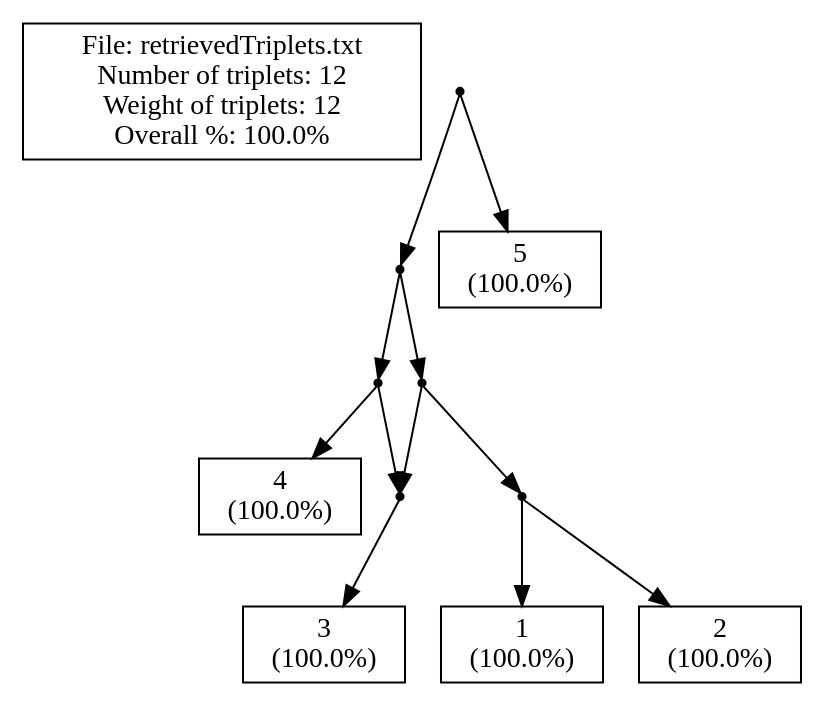
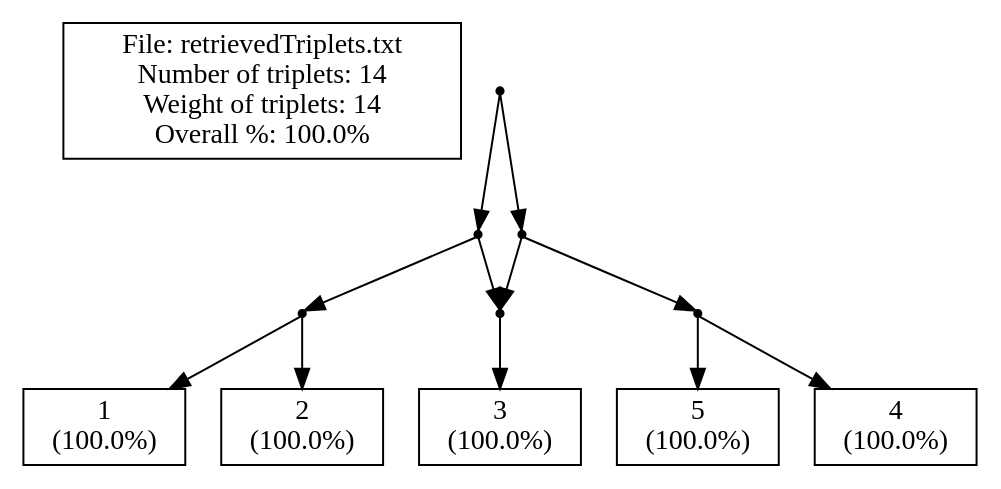
Before and after one commit to iharnoor/PhylogeneticsWebsite: the diagram in ParsingTxt/cExample1.dot, drawn with Graphviz. The commit also changed 7 other files, not shown here.

```diff
--- a/ParsingTxt/cExample1.dot
+++ b/ParsingTxt/cExample1.dot
@@ -1,51 +1,51 @@
 // LEV1ATHAN Version 1.0, 21 september 2009
 // COMMENT: Pre-processing the input file to count the leaves
 // COMMENT: Pre-processing showed that there are 5 leaves in the input.
 // SUMMARY: Input had 5 leaves.
 // USER-SETTING: Will *not* post-process output to collapse edges.
 // COMMENT: Triplet set is already dense.
-// SUMMARY: There are 12 triplets in the input.
-// SUMMARY: Total weight of input triplets is 12.
+// SUMMARY: There are 14 triplets in the input.
+// SUMMARY: Total weight of input triplets is 14.
 // COMMENT: We achieved non-trivial local perfection.
 // SUMMARY: (Before post-processing)
-// SUMMARY: We got 12 units of triplet weight, that's 100.0% of total weight.
+// SUMMARY: We got 14 units of triplet weight, that's 100.0% of total weight.
 // SUMMARY: In total 0 units of triplet weight were -not- consistent with the ouput network.
 // SUMMARY: Output network contained 0 triplets -not- in the original input.
 // SUMMARY: The symmetric difference is thus 0 + (1 * 0) = 0
 // SUMMARY: (After post-processing)
 strict digraph G1 {
 edge [fontsize=8]
-labelbox [shape=box, width=0.4, label="File: retrievedTriplets.txt\nNumber of triplets: 12\nWeight of triplets: 12\nOverall %: 100.0%"];
+labelbox [shape=box, width=0.4, label="File: retrievedTriplets.txt\nNumber of triplets: 14\nWeight of triplets: 14\nOverall %: 100.0%"];
 1000 [shape=point];
 1001 [shape=point];
 1002 [shape=point];
-1003 [shape=point];
 3 [shape=box, width=0.3, label="3\n(100.0%)"];
-4 [shape=box, width=0.3, label="4\n(100.0%)"];
-1006 [shape=point];
-1007 [shape=point];
+1004 [shape=point];
 1 [shape=box, width=0.3, label="1\n(100.0%)"];
 2 [shape=box, width=0.3, label="2\n(100.0%)"];
+1007 [shape=point];
+1008 [shape=point];
+4 [shape=box, width=0.3, label="4\n(100.0%)"];
 5 [shape=box, width=0.3, label="5\n(100.0%)"];
 1000 -> 1001
-1000 -> 5
+1000 -> 1007
 1001 -> 1002
-1001 -> 1006
-1002 -> 1003
-1002 -> 4
-1003 -> 3
-1006 -> 1007
-1006 -> 1003
-1007 -> 1
-1007 -> 2
-1003 -> 3
+1001 -> 1004
+1002 -> 3
+1004 -> 1
+1004 -> 2
+1007 -> 1008
+1007 -> 1002
+1008 -> 4
+1008 -> 5
+1002 -> 3
 }
-// SUMMARY: eNewick output: ((((3)#H1,4),((1,2),#H1)),5);
+// SUMMARY: eNewick output: (((3)#H1,(1,2)),((4,5),#H1));
 // SUMMARY: In total 0 units of triplet weight were -not- consistent with the ouput network.
 // SUMMARY: Output network contained 0 triplets -not- in the original input.
 // SUMMARY: Weight of missing triplets before contraction minus weight of missing triplets afterwards: 0
 // SUMMARY: Number of surplus triplets before contraction minus number of surplus triplets afterwards: 0
-// CONCLUSION: After post-processing we got 12 units of triplet weight, that's 100.0% of total weight (before post-processing this was 100.0%).
+// CONCLUSION: After post-processing we got 14 units of triplet weight, that's 100.0% of total weight (before post-processing this was 100.0%).
 // CONCLUSION: After post-processing the symmetric difference is thus 0 + (1 * 0) = 0 (before post-processing this was 0)
 // STAT: PERCENTAGE = 100.0
 // STAT: NETWORK-TRIPLET SD = 0
```
